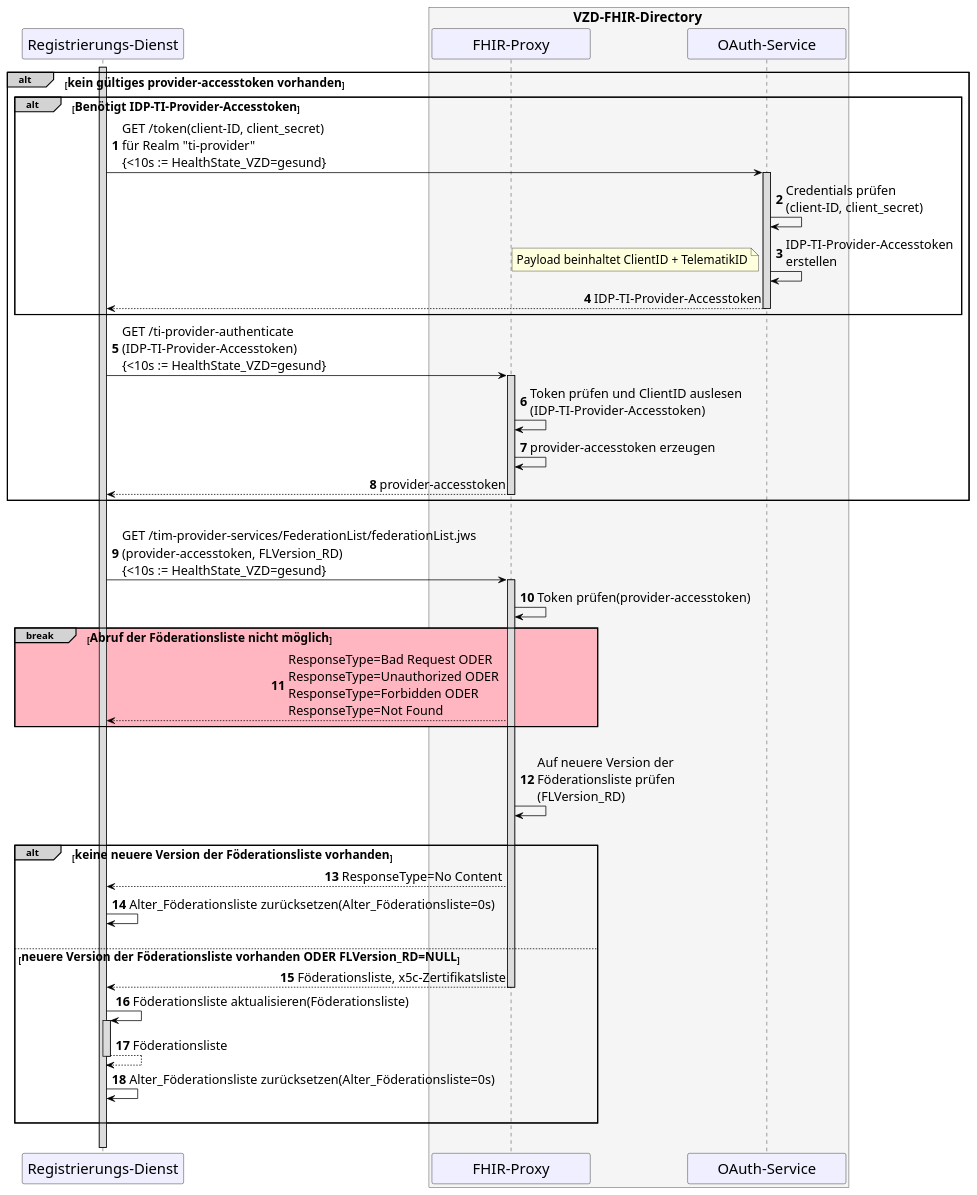
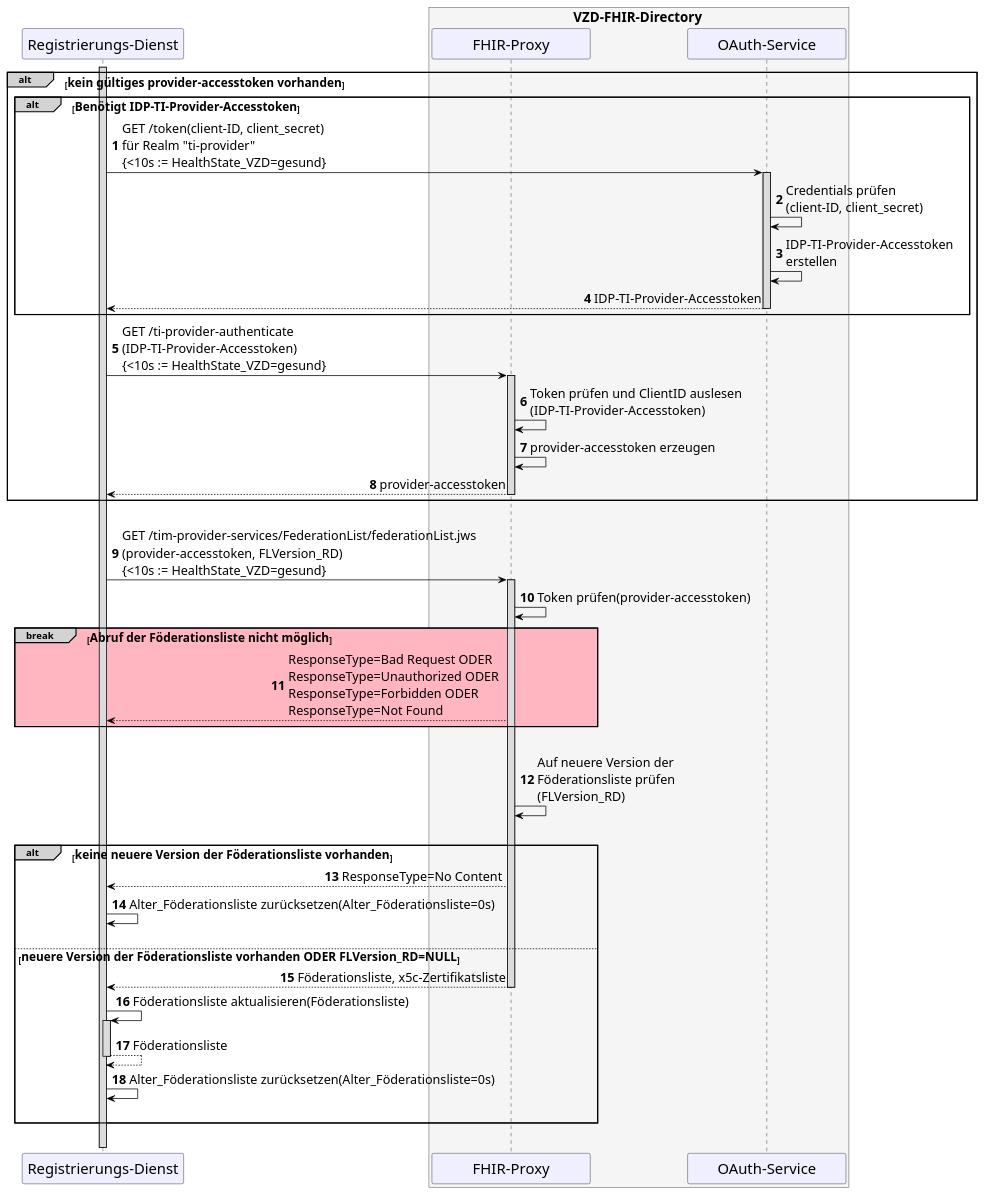
Before and after one commit to gematik/api-ti-messenger: the diagram in src/plantuml/TI-Messenger-Dienst/Ressourcen/UC_Update_Federationlist_auth_retrieve.puml, drawn with PlantUML.

```diff
--- a/src/plantuml/TI-Messenger-Dienst/Ressourcen/UC_Update_Federationlist_auth_retrieve.puml
+++ b/src/plantuml/TI-Messenger-Dienst/Ressourcen/UC_Update_Federationlist_auth_retrieve.puml
@@ -9,82 +9,81 @@
 @startuml
 skinparam sequenceMessageAlign direction
 skinparam minClassWidth 200
 skinparam BoxPadding 1
 skinparam sequenceReferenceHeaderBackgroundColor palegreen
 scale max 2048 width
 
 skinparam sequence {
 ArrowColor black
 ArrowFontSize 17
 ActorBorderColor black
 LifeLineBorderColor black
 LifeLineBackgroundColor Gainsboro
 
 ParticipantBorderColor Motivation
 ParticipantBackgroundColor Motivation
 ParticipantFontName Impact
 ParticipantFontSize 20
 ParticipantFontColor black
 ParticipantBorderColor Black
 ParticipantBackgroundColor MOTIVATION
 
 ActorBackgroundColor Gainsboro
 ActorFontColor black
 ActorFontSize 20
 ActorFontName Aapex
 }
 
 autonumber
 
 participant RD as "Registrierungs-Dienst"
 box <size:18>VZD-FHIR-Directory</size> #WhiteSmoke
   participant FP as "FHIR-Proxy"
   participant AS as "OAuth-Service"
 end box
 
 alt#LightGrey <size:16>kein gültiges provider-accesstoken vorhanden</size>
   activate RD
   alt#LightGrey <size:16>Benötigt IDP-TI-Provider-Accesstoken</size>
       RD -> AS: GET /token(client-ID, client_secret)\nfür Realm "ti-provider"\n{<10s := HealthState_VZD=gesund}
       activate AS
       AS -> AS: Credentials prüfen \n(client-ID, client_secret)
       AS -> AS: IDP-TI-Provider-Accesstoken\nerstellen
-      note left: <size:16>Payload beinhaltet ClientID + TelematikID</size>
       AS --> RD: IDP-TI-Provider-Accesstoken
       deactivate AS
   end
   RD -> FP: GET /ti-provider-authenticate\n(IDP-TI-Provider-Accesstoken)\n{<10s := HealthState_VZD=gesund}
   activate FP
   FP -> FP: Token prüfen und ClientID auslesen\n(IDP-TI-Provider-Accesstoken)
   FP -> FP: provider-accesstoken erzeugen
   FP --> RD: provider-accesstoken
   deactivate FP
 end
 
 |||
 RD->FP: GET /tim-provider-services/FederationList/federationList.jws\n(provider-accesstoken, FLVersion_RD)\n{<10s := HealthState_VZD=gesund}
   Activate FP
 FP->FP: Token prüfen(provider-accesstoken)
 
 break#LightGrey #LightPink <size:16>Abruf der Föderationsliste nicht möglich</size>
   FP-->RD: ResponseType=Bad Request ODER \nResponseType=Unauthorized ODER \nResponseType=Forbidden ODER \nResponseType=Not Found
 end 
 
 |||
 FP->FP: Auf neuere Version der \nFöderationsliste prüfen\n(FLVersion_RD)
 |||
 
 alt#LightGrey <size:16>keine neuere Version der Föderationsliste vorhanden</size>
   FP-->RD: ResponseType=No Content
   RD->RD: Alter_Föderationsliste zurücksetzen(Alter_Föderationsliste=0s)
   |||
 else <size:16>neuere Version der Föderationsliste vorhanden ODER FLVersion_RD=NULL</size>
   FP-->RD: Föderationsliste, x5c-Zertifikatsliste
       Deactivate FP
   RD->RD++: Föderationsliste aktualisieren(Föderationsliste)
   return Föderationsliste
   RD->RD: Alter_Föderationsliste zurücksetzen(Alter_Föderationsliste=0s)
   |||
 end
 |||
 @enduml
```
